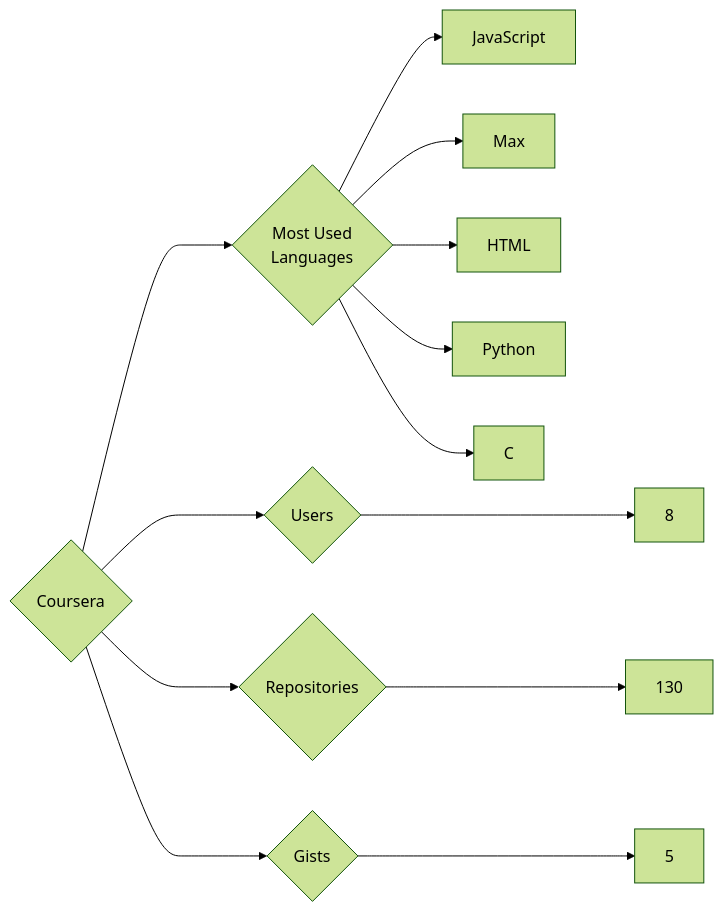
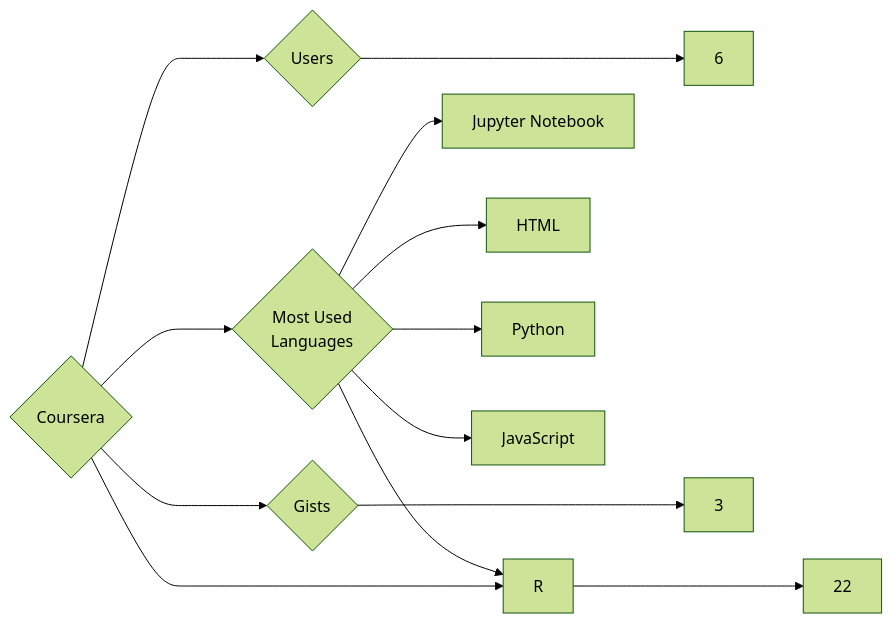
Before and after one commit to trickest/insiders: the diagram in targets/Coursera/README.md, drawn with Mermaid (forest theme). The commit also changed 1089 other files, not shown here.

````diff
--- a/targets/Coursera/README.md
+++ b/targets/Coursera/README.md
@@ -3,13 +3,13 @@
 ```mermaid
 graph LR
 COMPANY_NAME{Coursera}
-COMPANY_NAME ---> U{Users} ---> UN[8]
-COMPANY_NAME ---> R{Repositories} ---> RN[130]
-COMPANY_NAME ---> G{Gists} ---> GN[5]
+COMPANY_NAME ---> U{Users} ---> UN[6]
+COMPANY_NAME ---> R{Repositories} ---> RN[22]
+COMPANY_NAME ---> G{Gists} ---> GN[3]
 COMPANY_NAME ---> ML{Most Used<br>Languages}
+ML --> Jupyter_Notebook[Jupyter Notebook]
+ML --> HTML[HTML]
+ML --> R[R]
+ML --> Python[Python]
 ML --> JavaScript[JavaScript]
-ML --> Max[Max]
-ML --> HTML[HTML]
-ML --> Python[Python]
-ML --> C[C]
 ```
````
